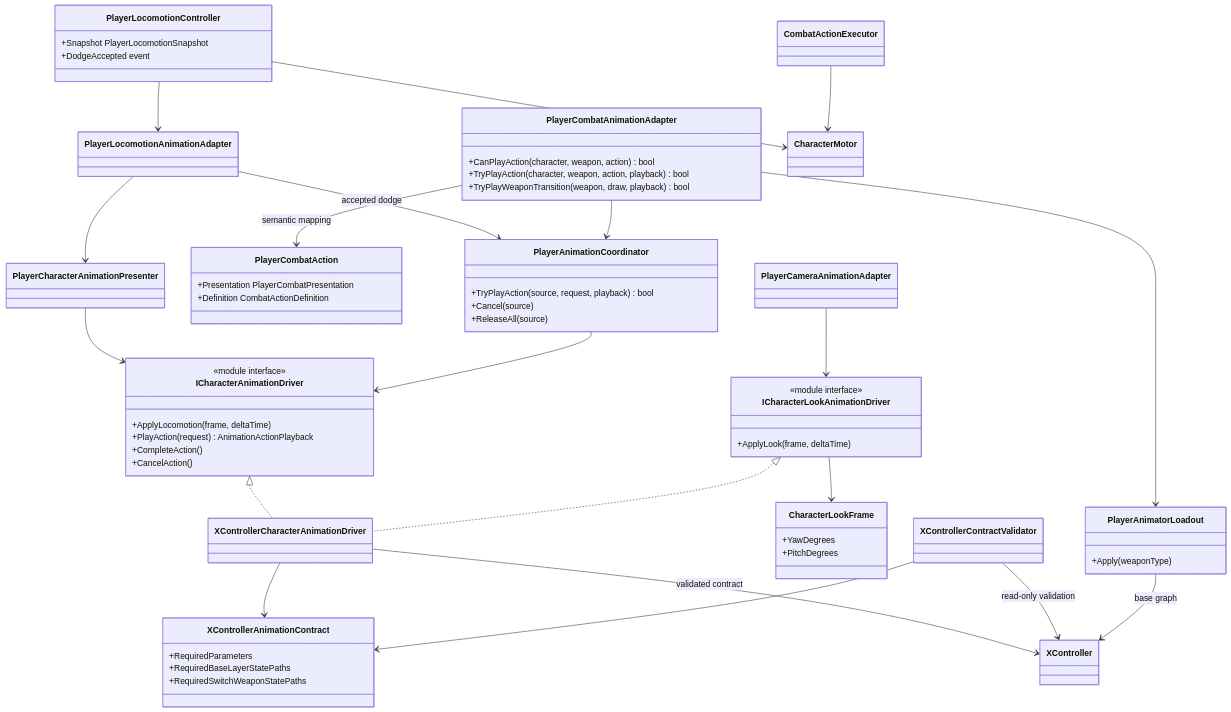
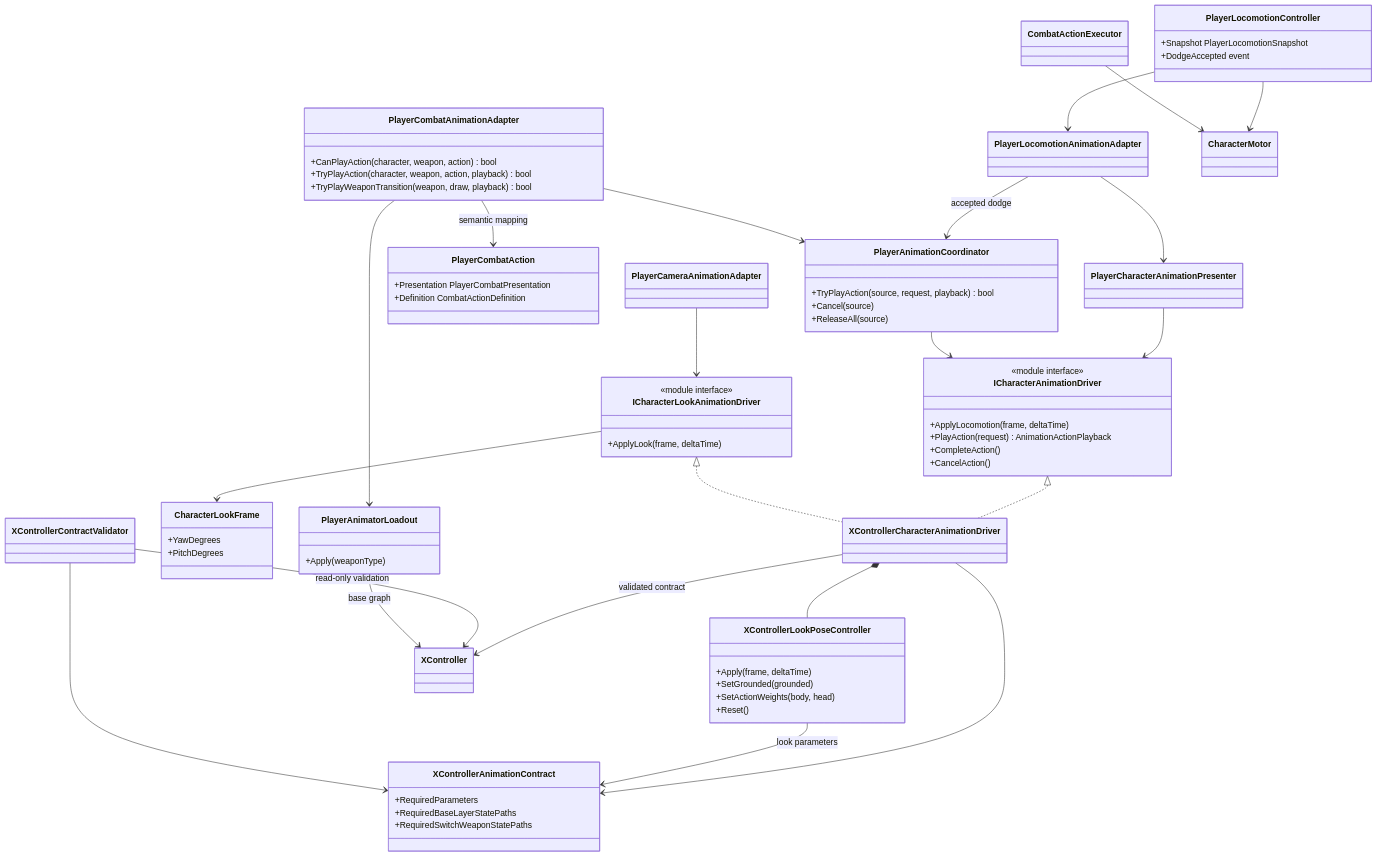
Before and after one commit to MaximFonariuc/project-s: the diagram in Docs/Architecture/Player.Animation.md, drawn with Mermaid. The commit also changed other lines of this file and 4 other files, not shown here.

Commit message:
refactor(animation): isolate look pose ownership

````diff
--- a/Docs/Architecture/Player.Animation.md
+++ b/Docs/Architecture/Player.Animation.md
@@ -10,72 +10,80 @@
 ```mermaid
 classDiagram
     class PlayerLocomotionController {
         +Snapshot PlayerLocomotionSnapshot
         +DodgeAccepted event
     }
     class PlayerLocomotionAnimationAdapter
     class PlayerCharacterAnimationPresenter
     class PlayerCombatAnimationAdapter {
         +CanPlayAction(character, weapon, action) bool
         +TryPlayAction(character, weapon, action, playback) bool
         +TryPlayWeaponTransition(weapon, draw, playback) bool
     }
     class PlayerCombatAction {
         +Presentation PlayerCombatPresentation
         +Definition CombatActionDefinition
     }
     class PlayerAnimatorLoadout {
         +Apply(weaponType)
     }
     class PlayerAnimationCoordinator {
         +TryPlayAction(source, request, playback) bool
         +Cancel(source)
         +ReleaseAll(source)
     }
     class ICharacterAnimationDriver {
         <<module interface>>
         +ApplyLocomotion(frame, deltaTime)
         +PlayAction(request) AnimationActionPlayback
         +CompleteAction()
         +CancelAction()
     }
     class ICharacterLookAnimationDriver {
         <<module interface>>
         +ApplyLook(frame, deltaTime)
     }
     class CharacterLookFrame {
         +YawDegrees
         +PitchDegrees
     }
     class XControllerAnimationContract {
         +RequiredParameters
         +RequiredBaseLayerStatePaths
         +RequiredSwitchWeaponStatePaths
     }
     class XControllerCharacterAnimationDriver
+    class XControllerLookPoseController {
+        +Apply(frame, deltaTime)
+        +SetGrounded(grounded)
+        +SetActionWeights(body, head)
+        +Reset()
+    }
     class XControllerContractValidator
     class PlayerCameraAnimationAdapter
     class XController
     class CharacterMotor
     class CombatActionExecutor
 
     PlayerLocomotionController --> PlayerLocomotionAnimationAdapter
     PlayerLocomotionAnimationAdapter --> PlayerCharacterAnimationPresenter
     PlayerLocomotionAnimationAdapter --> PlayerAnimationCoordinator : accepted dodge
     PlayerCombatAnimationAdapter --> PlayerAnimationCoordinator
     PlayerCombatAnimationAdapter --> PlayerAnimatorLoadout
     PlayerCombatAnimationAdapter --> PlayerCombatAction : semantic mapping
     PlayerCharacterAnimationPresenter --> ICharacterAnimationDriver
     PlayerAnimationCoordinator --> ICharacterAnimationDriver
     PlayerCameraAnimationAdapter --> ICharacterLookAnimationDriver
     ICharacterLookAnimationDriver --> CharacterLookFrame
     ICharacterAnimationDriver <|.. XControllerCharacterAnimationDriver
     ICharacterLookAnimationDriver <|.. XControllerCharacterAnimationDriver
     XControllerCharacterAnimationDriver --> XControllerAnimationContract
+    XControllerCharacterAnimationDriver *-- XControllerLookPoseController
+    XControllerLookPoseController --> XControllerAnimationContract : look parameters
     XControllerCharacterAnimationDriver --> XController : validated contract
     XControllerContractValidator --> XControllerAnimationContract
     XControllerContractValidator --> XController : read-only validation
     PlayerAnimatorLoadout --> XController : base graph
     PlayerLocomotionController --> CharacterMotor
     CombatActionExecutor --> CharacterMotor
 ```
````
